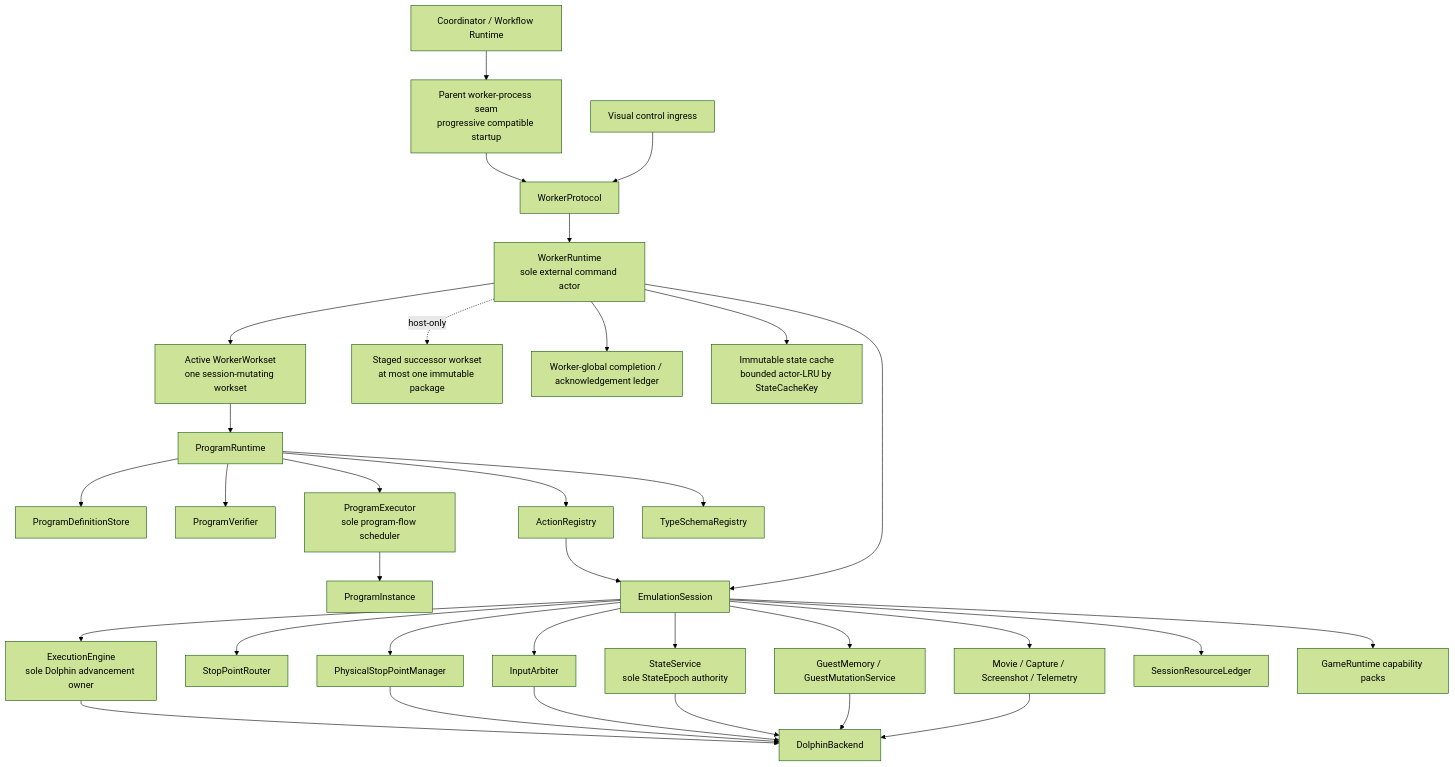
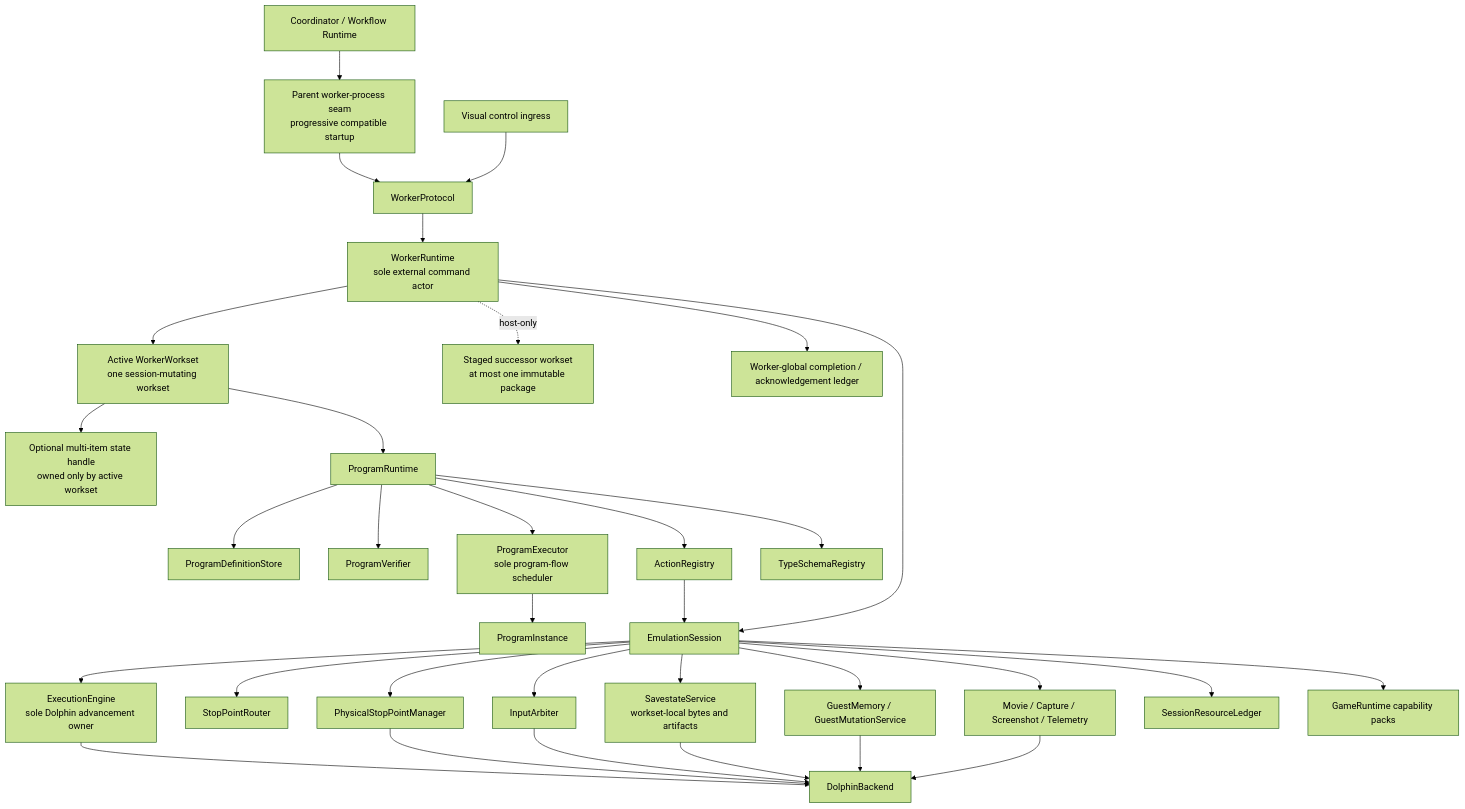
Before and after one commit to jahorta/SAVOR: the diagram in planning/ExecutionRuntime/02-target-execution-architecture.md, drawn with Mermaid (forest theme). The commit also changed other lines of this file and 243 other files, not shown here.

````diff
--- a/planning/ExecutionRuntime/02-target-execution-architecture.md
+++ b/planning/ExecutionRuntime/02-target-execution-architecture.md
@@ -103,37 +103,37 @@
 ```mermaid
 flowchart TD
     CO["Coordinator / Workflow Runtime"] --> PH["Parent worker-process seam<br/>progressive compatible startup"]
     PH --> WP["WorkerProtocol"]
     VC["Visual control ingress"] --> WP
     WP --> WR["WorkerRuntime<br/>sole external command actor"]
 
     WR --> AW["Active WorkerWorkset<br/>one session-mutating workset"]
     WR -. host-only .-> SW["Staged successor workset<br/>at most one immutable package"]
     WR --> CL["Worker-global completion / acknowledgement ledger"]
-    WR --> SC["Immutable state cache<br/>bounded actor-LRU by StateCacheKey"]
+    AW --> SH["Optional multi-item state handle<br/>owned only by active workset"]
     AW --> PR["ProgramRuntime"]
     PR --> PDS["ProgramDefinitionStore"]
     PR --> PV["ProgramVerifier"]
     PR --> PE["ProgramExecutor<br/>sole program-flow scheduler"]
     PR --> AR["ActionRegistry"]
     PR --> TR["TypeSchemaRegistry"]
     PE --> PI["ProgramInstance"]
 
     WR --> ES["EmulationSession"]
     AR --> ES
     ES --> EE["ExecutionEngine<br/>sole Dolphin advancement owner"]
     ES --> SR["StopPointRouter"]
     ES --> PM["PhysicalStopPointManager"]
     ES --> IA["InputArbiter"]
-    ES --> ST["StateService<br/>sole StateEpoch authority"]
+    ES --> ST["SavestateService<br/>workset-local bytes and artifacts"]
     ES --> GM["GuestMemory / GuestMutationService"]
     ES --> MC["Movie / Capture / Screenshot / Telemetry"]
     ES --> RL["SessionResourceLedger"]
     ES --> GR["GameRuntime capability packs"]
     EE --> DB["DolphinBackend"]
     PM --> DB
     IA --> DB
     ST --> DB
     GM --> DB
     MC --> DB
 ```
````
